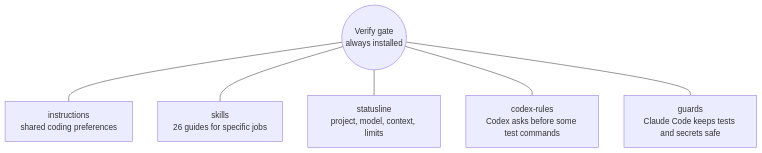
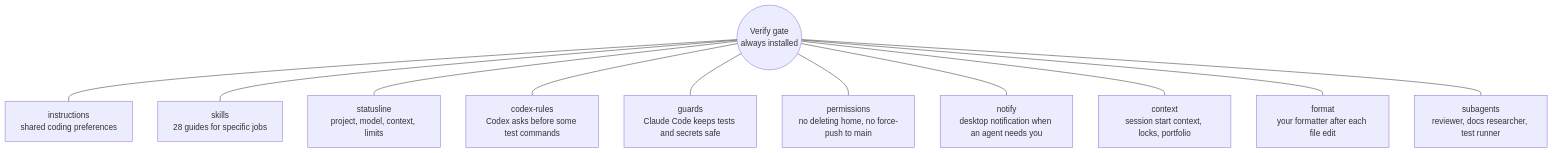
Before and after one commit to chrysogonus/power-agents: the sixth of 7 diagrams in docs/overview.md, drawn with Mermaid. The commit also changed other lines of this file and 40 other files, not shown here.

````diff
--- a/docs/overview.md
+++ b/docs/overview.md
@@ -207,9 +207,14 @@
 ```mermaid
 flowchart TD
     G(("Verify gate<br/>always installed"))
     G --- I["instructions<br/>shared coding preferences"]
-    G --- S["skills<br/>26 guides for specific jobs"]
+    G --- S["skills<br/>28 guides for specific jobs"]
     G --- T["statusline<br/>project, model, context, limits"]
     G --- R["codex-rules<br/>Codex asks before some test commands"]
     G --- D["guards<br/>Claude Code keeps tests and secrets safe"]
+    G --- P["permissions<br/>no deleting home, no force-push to main"]
+    G --- N["notify<br/>desktop notification when an agent needs you"]
+    G --- C["context<br/>session start context, locks, portfolio"]
+    G --- F["format<br/>your formatter after each file edit"]
+    G --- A["subagents<br/>reviewer, docs researcher, test runner"]
 ```
````
